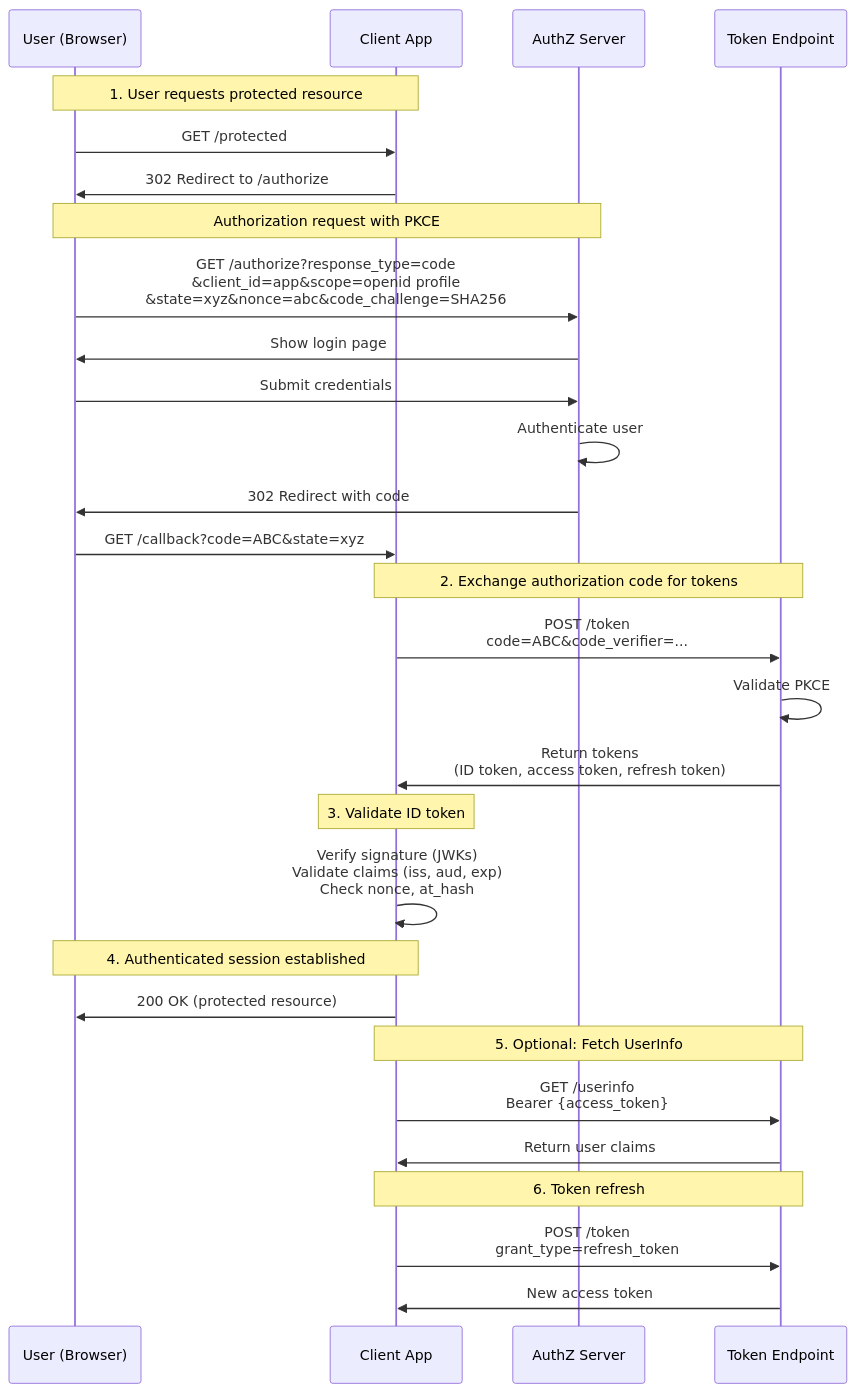
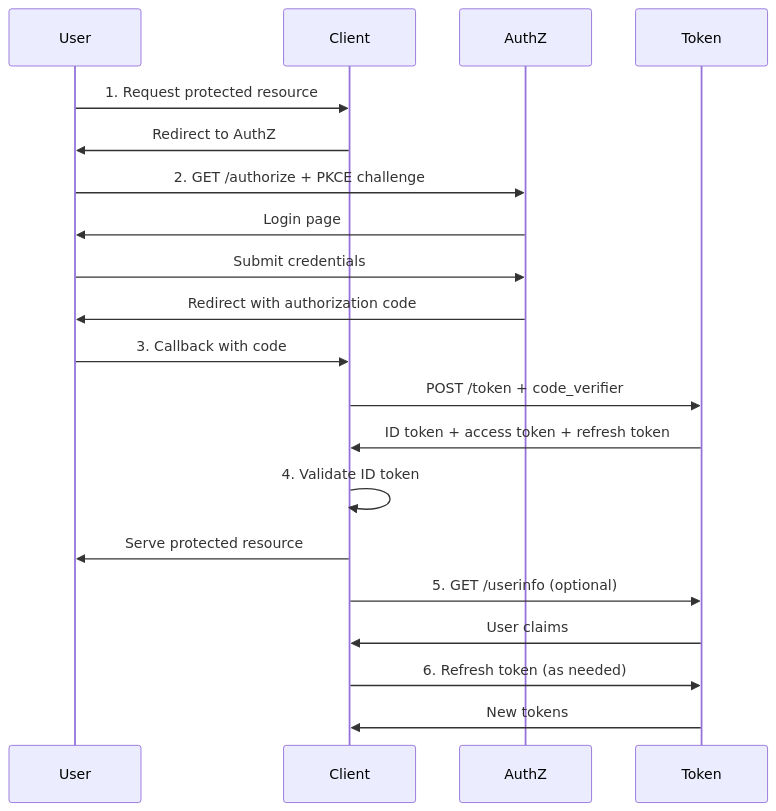
One commit to bordenet/identity-deep-dive changed the first of 2 diagrams in project-1-oauth2-oidc-demo/docs/OIDC_Walk_Thru.md. Above: the diagram before and after it, drawn with Mermaid. The commit also changed other lines of this file, not shown here.

First line of the commit message:
Simplify Mermaid diagrams for GitHub renderer compatibility

````diff
--- a/project-1-oauth2-oidc-demo/docs/OIDC_Walk_Thru.md
+++ b/project-1-oauth2-oidc-demo/docs/OIDC_Walk_Thru.md
@@ -10,46 +10,28 @@
 ```mermaid
 sequenceDiagram
-  participant U as User (Browser)
-  participant C as Client App
-  participant A as AuthZ Server
-  participant T as Token Endpoint
+    participant User
+    participant Client
+    participant AuthZ
+    participant Token
 
-  Note over U,C: 1. User requests protected resource
+    User->>Client: 1. Request protected resource
+    Client->>User: Redirect to AuthZ
 
-  U->>C: GET /protected
-  C->>U: 302 Redirect to /authorize
+    User->>AuthZ: 2. GET /authorize + PKCE challenge
+    AuthZ->>User: Login page
+    User->>AuthZ: Submit credentials
+    AuthZ->>User: Redirect with authorization code
 
-  Note over U,A: Authorization request with PKCE
+    User->>Client: 3. Callback with code
+    Client->>Token: POST /token + code_verifier
+    Token->>Client: ID token + access token + refresh token
 
-  U->>A: GET /authorize?response_type=code<br/>&client_id=app&scope=openid profile<br/>&state=xyz&nonce=abc&code_challenge=SHA256
+    Client->>Client: 4. Validate ID token
+    Client->>User: Serve protected resource
 
-  A->>U: Show login page
-  U->>A: Submit credentials
-  A->>A: Authenticate user
-  A->>U: 302 Redirect with code
-  U->>C: GET /callback?code=ABC&state=xyz
+    Client->>Token: 5. GET /userinfo (optional)
+    Token->>Client: User claims
 
-  Note over C,T: 2. Exchange authorization code for tokens
-
-  C->>T: POST /token<br/>code=ABC&code_verifier=...
-  T->>T: Validate PKCE
-  T->>C: Return tokens<br/>(ID token, access token, refresh token)
-
-  Note over C: 3. Validate ID token
-
-  C->>C: Verify signature (JWKs)<br/>Validate claims (iss, aud, exp)<br/>Check nonce, at_hash
-
-  Note over C,U: 4. Authenticated session established
-
-  C->>U: 200 OK (protected resource)
-
-  Note over C,T: 5. Optional: Fetch UserInfo
-
-  C->>T: GET /userinfo<br/>Bearer {access_token}
-  T->>C: Return user claims
-
-  Note over C,T: 6. Token refresh
-
-  C->>T: POST /token<br/>grant_type=refresh_token
-  T->>C: New access token
+    Client->>Token: 6. Refresh token (as needed)
+    Token->>Client: New tokens
 ```
````
